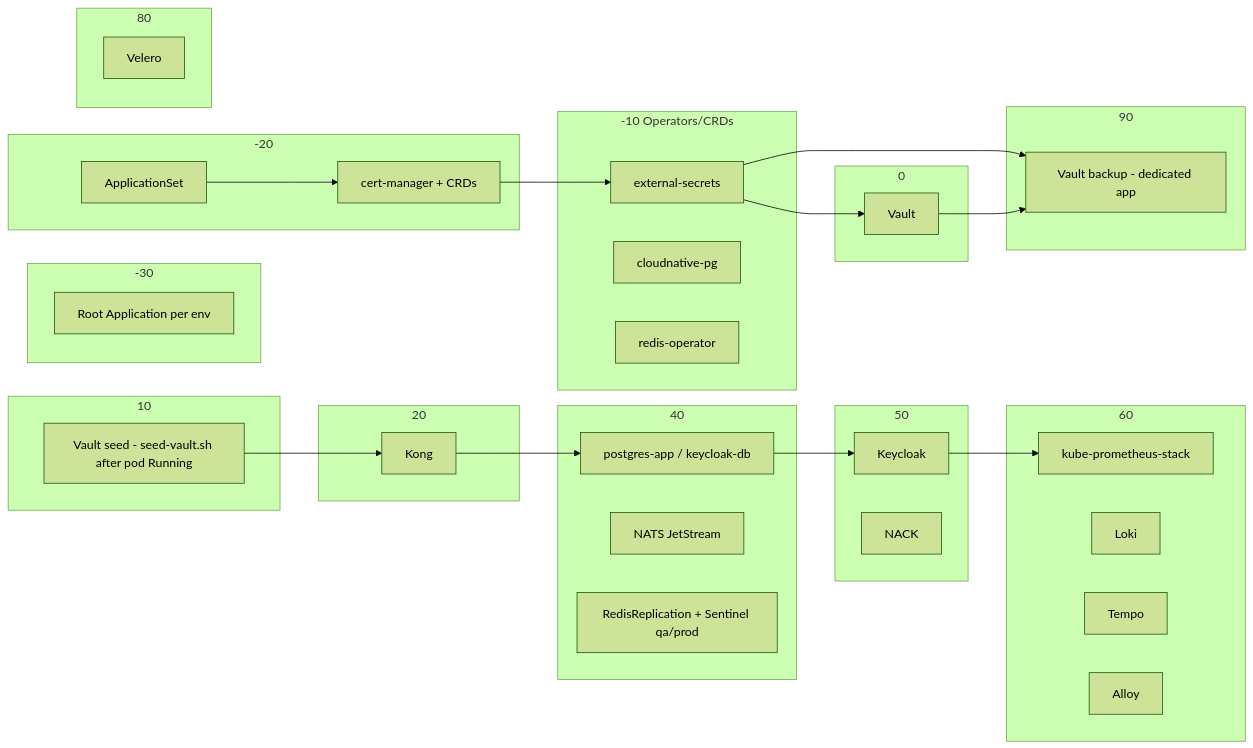
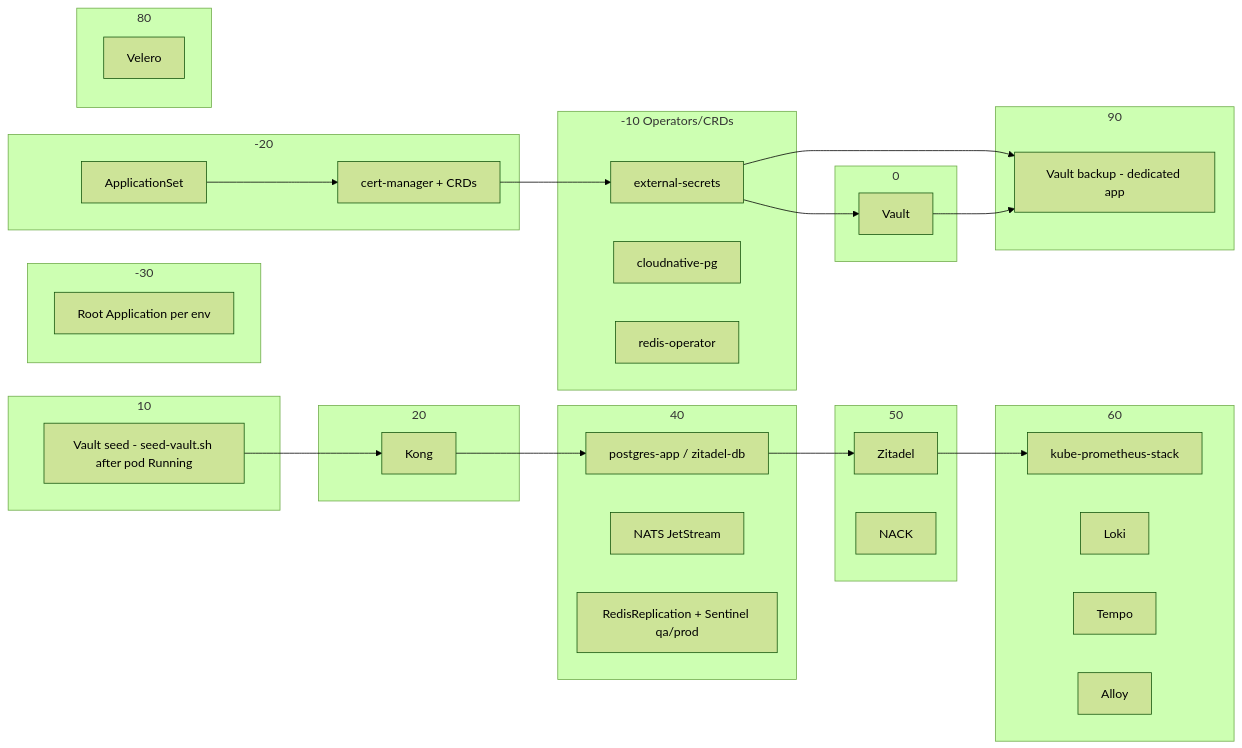
Before and after one commit to sca-templates/infra-kubernetes: the second of 3 diagrams in docs/architecture.md, drawn with Mermaid (forest theme). The commit also changed other lines of this file and 72 other files, not shown here.

First line of the commit message:
refactor(auth): retire keycloak and make zitadel sole idp

````diff
--- a/docs/architecture.md
+++ b/docs/architecture.md
@@ -207,54 +199,54 @@
 ```mermaid
 graph LR
     subgraph W-30["-30"]
         A[Root Application per env]
     end
     subgraph W-20["-20"]
         B[ApplicationSet]
         C[cert-manager + CRDs]
     end
     subgraph W-10["-10 Operators/CRDs"]
         D[external-secrets]
         F[cloudnative-pg]
         H[redis-operator]
     end
     subgraph W0["0"]
         I[Vault]
     end
     subgraph W10["10"]
         J[Vault seed - seed-vault.sh after pod Running]
     end
     subgraph W20["20"]
         K[Kong]
     end
     subgraph W40["40"]
-        M[postgres-app / keycloak-db]
+        M[postgres-app / zitadel-db]
         N[NATS JetStream]
         O[RedisReplication + Sentinel qa/prod]
     end
     subgraph W50["50"]
-        P[Keycloak]
+        P[Zitadel]
         P2[NACK]
     end
     subgraph W60["60"]
         Q[kube-prometheus-stack]
         R[Loki]
         S[Tempo]
         T[Alloy]
     end
     subgraph W80["80"]
         V[Velero]
     end
     subgraph W90["90"]
         W[Vault backup - dedicated app]
     end
     B --> C
     C --> D
     D --> I
     J --> K
     K --> M
     M --> P
     P --> Q
     D --> W
     I --> W
 ```
````
